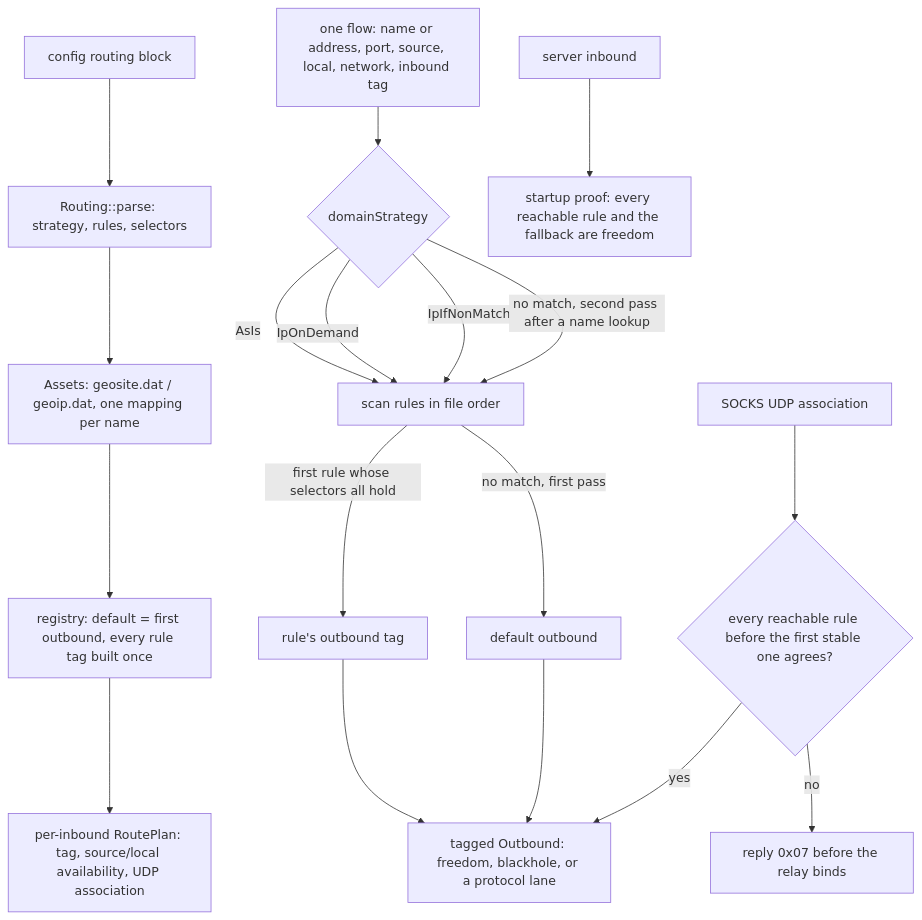
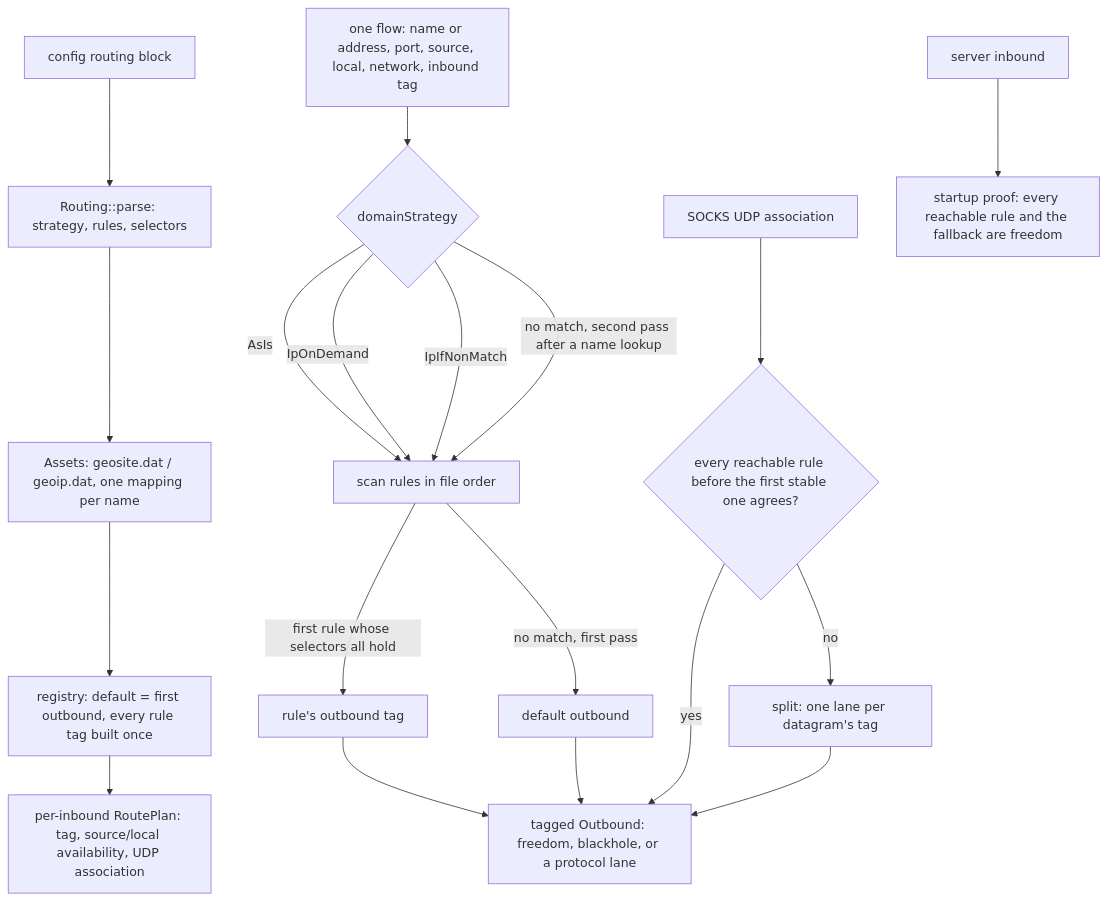
One commit to Ferrocite/ferrox changed the diagram in docs/function/engine-router.md. Above: the diagram before and after it, drawn with Mermaid. The commit also changed other lines of this file and 4 other files, not shown here.

````diff
--- a/docs/function/engine-router.md
+++ b/docs/function/engine-router.md
@@ -11,20 +11,21 @@
 ```mermaid
 graph TD
     C["config routing block"] --> P["Routing::parse: strategy, rules, selectors"]
     P --> A["Assets: geosite.dat / geoip.dat, one mapping per name"]
     A --> R["registry: default = first outbound, every rule tag built once"]
     R --> I["per-inbound RoutePlan: tag, source/local availability, UDP association"]
     F["one flow: name or address, port, source, local, network, inbound tag"] --> S{"domainStrategy"}
     S -- AsIs --> M["scan rules in file order"]
     S -- IpOnDemand --> M
     S -- IpIfNonMatch --> M
     M -- "first rule whose selectors all hold" --> T["rule's outbound tag"]
     M -- "no match, first pass" --> D["default outbound"]
     S -- "no match, second pass after a name lookup" --> M
     T --> O["tagged Outbound: freedom, blackhole, or a protocol lane"]
     D --> O
     U["SOCKS UDP association"] --> Q{"every reachable rule before the first stable one agrees?"}
     Q -- yes --> O
-    Q -- no --> X["reply 0x07 before the relay binds"]
+    Q -- no --> W["split: one lane per datagram's tag"]
+    W --> O
     V["server inbound"] --> G["startup proof: every reachable rule and the fallback are freedom"]
 ```
````
